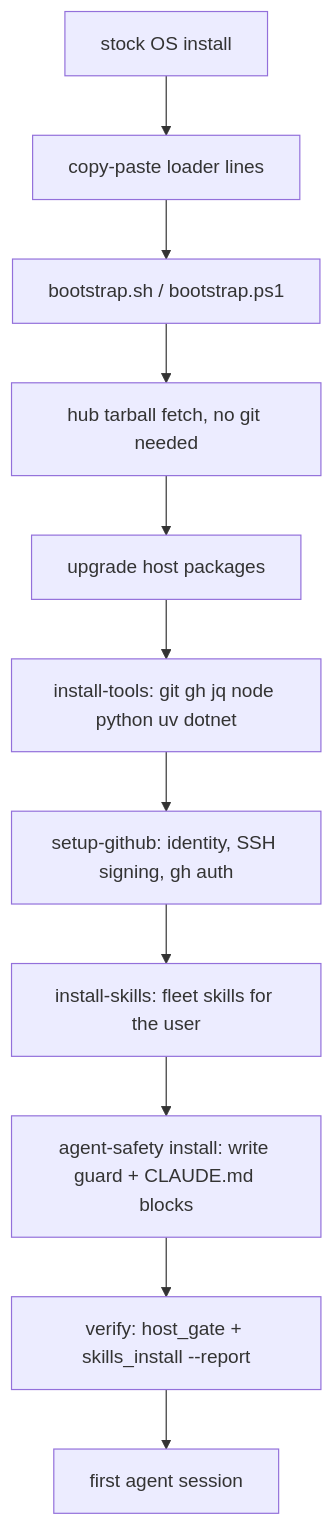
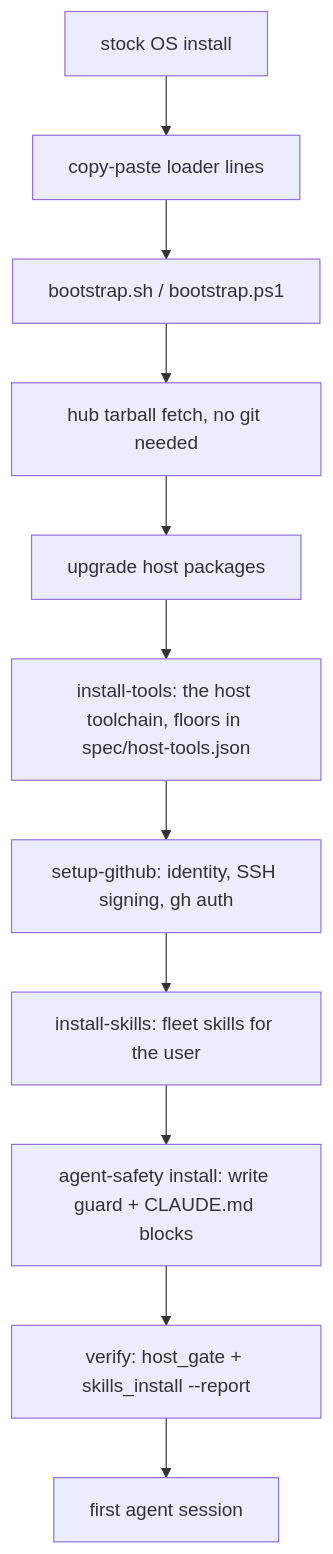
The second of 5 diagrams in docs/fleet-map.md (ptr727/ProjectTemplate), drawn with Mermaid before and after one commit. The commit also changed other lines of this file and 2 other files, not shown here.

First line of the commit message:
Point the Fleet Map at the Shipped Diagrams and Current Tooling

````diff
--- a/docs/fleet-map.md
+++ b/docs/fleet-map.md
@@ -70,13 +68,13 @@
 ```mermaid
 flowchart TD
   os["stock OS install"] --> paste["copy-paste loader lines"]
   paste --> boot["bootstrap.sh / bootstrap.ps1"]
   boot --> fetch["hub tarball fetch, no git needed"]
   fetch --> upgrade["upgrade host packages"]
-  upgrade --> tools["install-tools: git gh jq node python uv dotnet"]
+  upgrade --> tools["install-tools: the host toolchain, floors in spec/host-tools.json"]
   tools --> github["setup-github: identity, SSH signing, gh auth"]
   github --> skillsinstall["install-skills: fleet skills for the user"]
   skillsinstall --> safety["agent-safety install: write guard + CLAUDE.md blocks"]
   safety --> verify["verify: host_gate + skills_install --report"]
   verify --> session["first agent session"]
 ```
````
